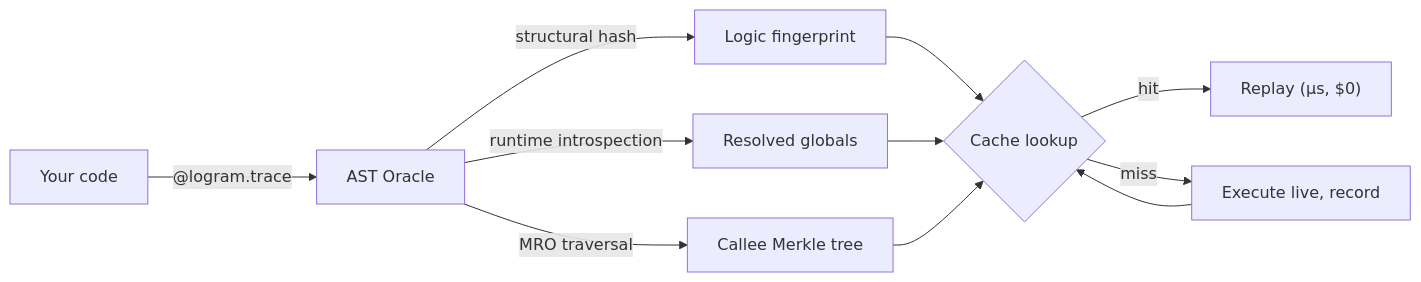
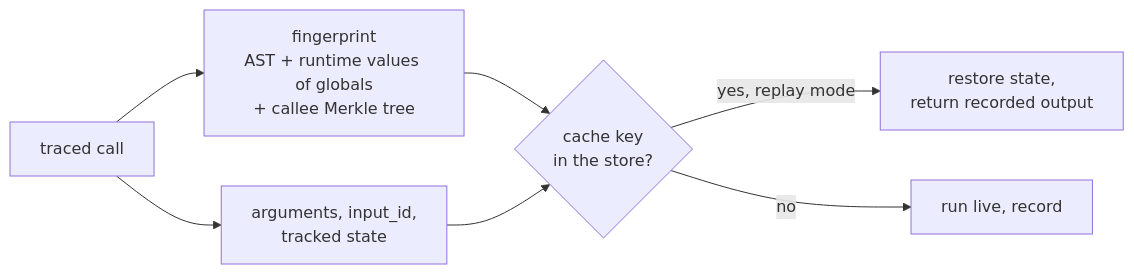
One commit to Mnemonic-Systems/logram changed the diagram in README.md. Above: the diagram before and after it, drawn with Mermaid. The commit also changed other lines of this file and 9 other files, not shown here.

````diff
--- a/README.md
+++ b/README.md
@@ -148,11 +59,8 @@
 ```mermaid
 flowchart LR
-    A[Your code] -->|"@logram.trace"| B[AST Oracle]
-    B -->|structural hash| C[Logic fingerprint]
-    B -->|runtime introspection| D[Resolved globals]
-    B -->|MRO traversal| E[Callee Merkle tree]
-    C & D & E --> F{Cache lookup}
-    F -->|hit| G["Replay (µs, $0)"]
-    F -->|miss| H[Execute live, record]
-    H --> F
+    A[traced call] --> B[fingerprint<br/>AST + runtime values of globals<br/>+ callee Merkle tree]
+    A --> C[arguments, input_id,<br/>tracked state]
+    B & C --> K{cache key<br/>in the store?}
+    K -->|yes, replay mode| R[restore state,<br/>return recorded output]
+    K -->|no| L[run live, record]
 ```
````
